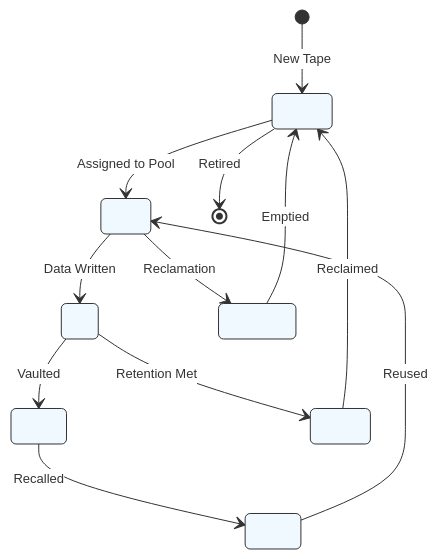
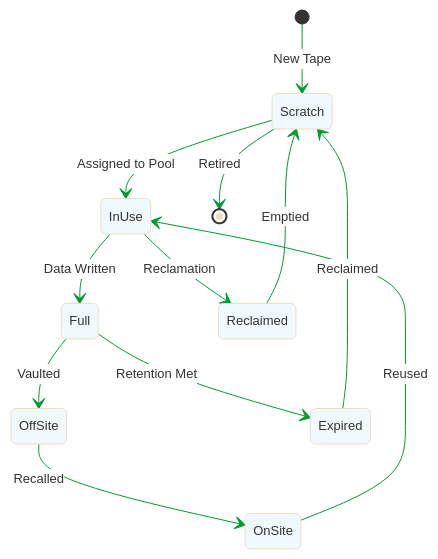
Before and after one commit to TarSemaj/storage-protect-galaxy: diagram 17 of 17 in blueprint/integrations/data-protect/defender-data-protect-with-storage-protect-tape-integration.md, drawn with Mermaid. The commit also changed other lines of this file, not shown here.

````diff
--- a/blueprint/integrations/data-protect/defender-data-protect-with-storage-protect-tape-integration.md
+++ b/blueprint/integrations/data-protect/defender-data-protect-with-storage-protect-tape-integration.md
@@ -1932,15 +2054,43 @@
 ```mermaid
-%%{init: {'theme':'base', 'themeVariables': {'fontSize':'13px', 'fontFamily':'arial', 'background':'white', 'primaryBackground':'white', 'mainBkg':'white', 'nodeBorder':'#333333', 'edgeLabelBackground':'white', 'primaryTextColor':'#333333', 'lineColor':'#333333', 'stateBkg':'#f0f9ff', 'stateEnd':'#333333', 'transitionColor':'#333333', 'labelColor':'#333333', 'attributeBackgroundColorOdd':'#f0f9ff', 'attributeBackgroundColorEven':'#fffaf0'}}}%%
+%%{init: {
+  'theme': 'base',
+  'themeVariables': {
+    'fontSize': '13px',
+    'fontFamily': 'arial',
+
+    'background': '#ffffff',
+    'primaryBackground': '#ffffff',
+    'mainBkg': '#ffffff',
+
+    'primaryTextColor': '#333333',
+    'secondaryTextColor': '#333333',
+    'tertiaryTextColor': '#333333',
+    'textColor': '#333333',
+
+    'lineColor': '#333333',
+    'edgeLabelBackground': '#ffffff',
+
+    'stateBkg': '#f0f9ff',
+    'stateBorder': '#333333',
+    'stateLabelColor': '#333333',
+
+    'labelColor': '#333333',
+    'transitionColor': '#009b2f',
+
+    'attributeBackgroundColorOdd': '#f0f9ff',
+    'attributeBackgroundColorEven': '#fffaf0'
+  }
+}}%%
 stateDiagram-v2
     [*] --> Scratch: New Tape
     Scratch --> InUse: Assigned to Pool
     InUse --> Full: Data Written
     Full --> OffSite: Vaulted
     OffSite --> OnSite: Recalled
     OnSite --> InUse: Reused
     InUse --> Reclaimed: Reclamation
     Reclaimed --> Scratch: Emptied
     Full --> Expired: Retention Met
     Expired --> Scratch: Reclaimed
     Scratch --> [*]: Retired
 ```
````
